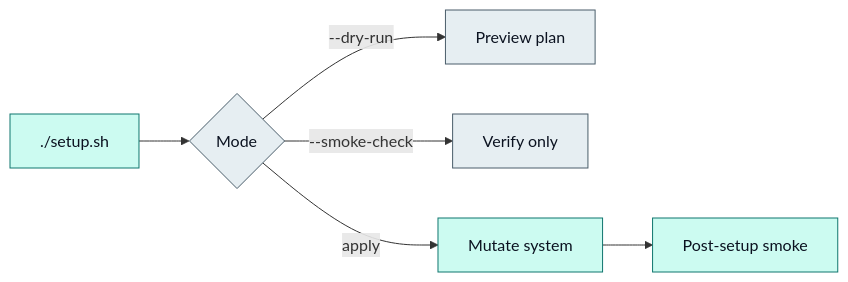
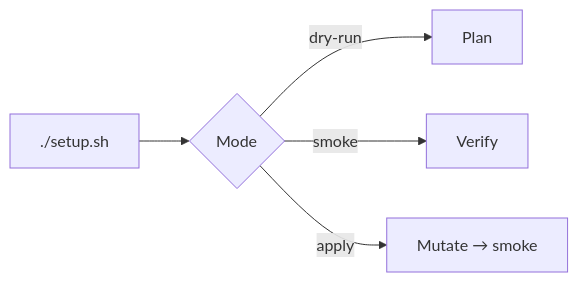
The diagram in docs/content/docs/linux-setup.mdx (wyattowalsh/dotfiles), drawn with Mermaid before and after one commit. The commit also changed other lines of this file and 22 other files, not shown here.

````diff
--- a/docs/content/docs/linux-setup.mdx
+++ b/docs/content/docs/linux-setup.mdx
@@ -27,13 +20,7 @@
 ```mermaid
 flowchart LR
   A["./setup.sh"] --> B{Mode}
-  B -->|--dry-run| C[Preview plan]
-  B -->|--smoke-check| D[Verify only]
-  B -->|apply| E[Mutate system]
-  E --> F[Post-setup smoke]
-
-  classDef signal fill:#ccfbf1,stroke:#0f766e,color:#0b1220
-  classDef mute fill:#e6eef2,stroke:#4a5d6a,color:#0b1220
-  class A,E,F signal
-  class B,C,D mute
+  B -->|dry-run| C[Plan]
+  B -->|smoke| D[Verify]
+  B -->|apply| E[Mutate → smoke]
 ```
````
